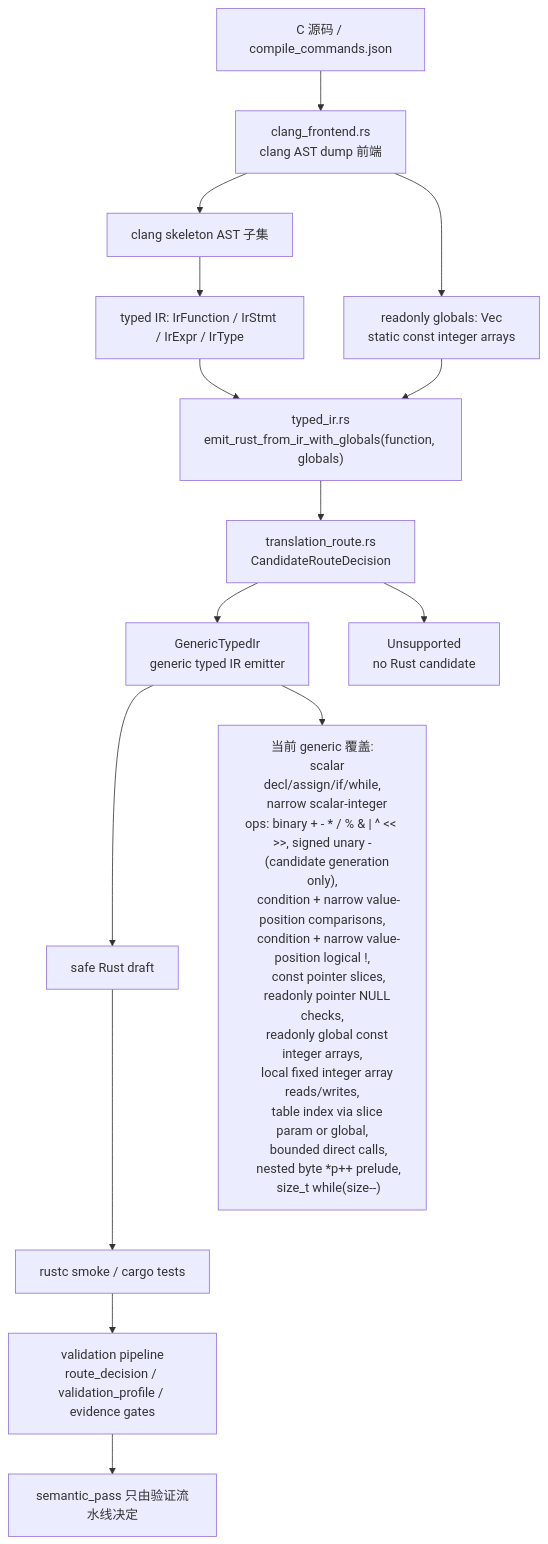
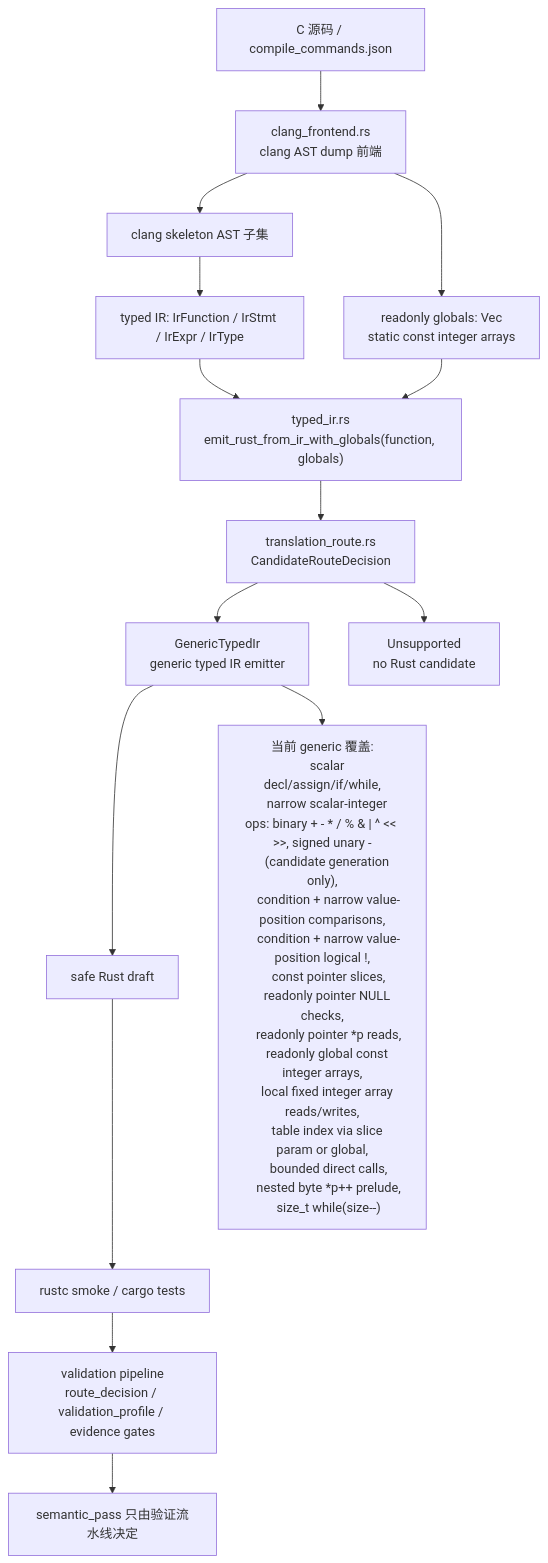
Before and after one commit to guoqihan342-svg/c-to-rust: the diagram in docs/c2rust-migration-agent/core-translation-architecture.md, drawn with Mermaid. The commit also changed other lines of this file and 10 other files, not shown here.

Commit message:
Support readonly pointer deref reads in typed IR

````diff
--- a/docs/c2rust-migration-agent/core-translation-architecture.md
+++ b/docs/c2rust-migration-agent/core-translation-architecture.md
@@ -7,31 +7,32 @@
 ```mermaid
 flowchart TD
     C["C 源码 / compile_commands.json"] --> Clang["clang_frontend.rs<br/>clang AST dump 前端"]
     Clang --> Skeleton["clang skeleton AST 子集"]
     Skeleton --> IR["typed IR: IrFunction / IrStmt / IrExpr / IrType"]
     Clang --> Globals["readonly globals: Vec<IrGlobal><br/>static const integer arrays"]
     IR --> EmitCtx["typed_ir.rs<br/>emit_rust_from_ir_with_globals(function, globals)"]
     Globals --> EmitCtx
     EmitCtx --> RouteMeta["translation_route.rs<br/>CandidateRouteDecision"]
     RouteMeta --> Generic["GenericTypedIr<br/>generic typed IR emitter"]
     RouteMeta --> Unsupported["Unsupported<br/>no Rust candidate"]
     Generic --> Rust["safe Rust draft"]
     Rust --> Rustc["rustc smoke / cargo tests"]
     Rustc --> Validation["validation pipeline<br/>route_decision / validation_profile / evidence gates"]
 
     Generic --> Supported["当前 generic 覆盖:
     scalar decl/assign/if/while,
     narrow scalar-integer ops: binary + - * / % & | ^ << >>, signed unary -
     (candidate generation only),
     condition + narrow value-position comparisons,
     condition + narrow value-position logical !,
     const pointer slices,
     readonly pointer NULL checks,
+    readonly pointer *p reads,
     readonly global const integer arrays,
     local fixed integer array reads/writes,
     table index via slice param or global,
     bounded direct calls,
     nested byte *p++ prelude,
     size_t while(size--)"]
     Validation --> Semantic["semantic_pass 只由验证流水线决定"]
 ```
````
